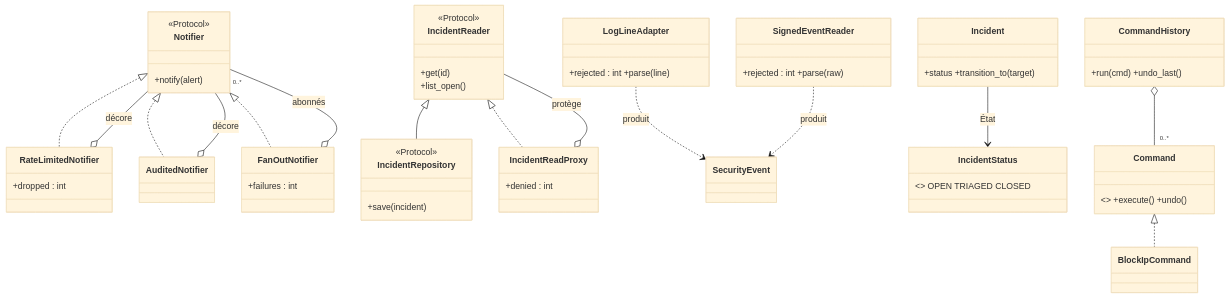
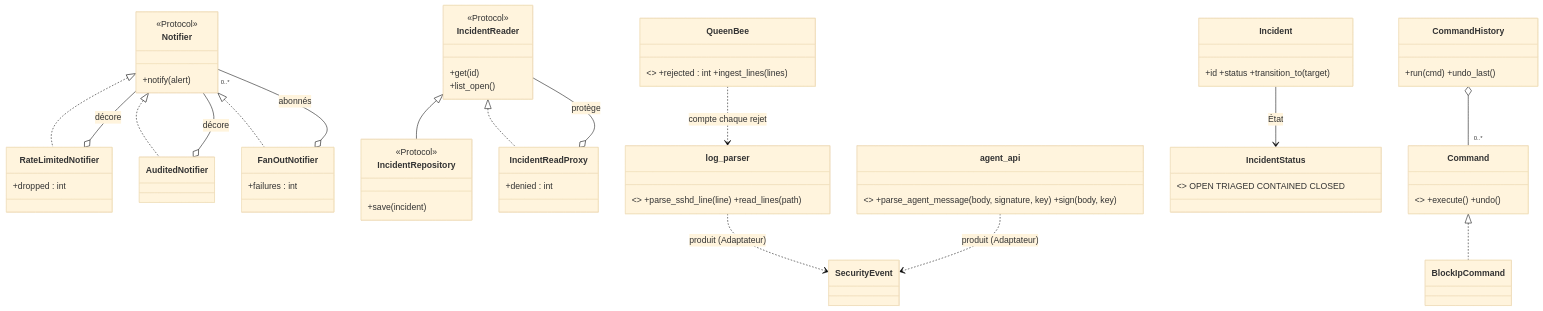
The diagram in docs/uml/patterns.md (Somechild00/ArchiLogicielQueenBee), drawn with Mermaid (base theme) before and after one commit. The commit also changed 3 other files, not shown here.

Commit message:
docs: UML, séquence et parcours alignés sur le code (adaptateurs fonctionnels, façade, état CONTAINED)

````diff
--- a/docs/uml/patterns.md
+++ b/docs/uml/patterns.md
@@ -3,45 +3,47 @@
 ```mermaid
 classDiagram
     class Notifier {
         <<Protocol>>
         +notify(alert)
     }
     class RateLimitedNotifier { +dropped : int }
     class AuditedNotifier
     class FanOutNotifier { +failures : int }
     Notifier <|.. RateLimitedNotifier
     Notifier <|.. AuditedNotifier
     Notifier <|.. FanOutNotifier
     RateLimitedNotifier o-- Notifier : décore
     AuditedNotifier o-- Notifier : décore
     FanOutNotifier o-- "0..*" Notifier : abonnés
 
     class IncidentReader {
         <<Protocol>>
         +get(id)
         +list_open()
     }
     class IncidentRepository {
         <<Protocol>>
         +save(incident)
     }
     class IncidentReadProxy { +denied : int }
     IncidentReader <|.. IncidentReadProxy
     IncidentReader <|-- IncidentRepository
     IncidentReadProxy o-- IncidentReader : protège
 
-    class LogLineAdapter { +rejected : int +parse(line) }
-    class SignedEventReader { +rejected : int +parse(raw) }
-    LogLineAdapter ..> SecurityEvent : produit
-    SignedEventReader ..> SecurityEvent : produit
+    class log_parser { <<module>> +parse_sshd_line(line) +read_lines(path) }
+    class agent_api { <<module>> +parse_agent_message(body, signature, key) +sign(body, key) }
+    class QueenBee { <<Façade>> +rejected : int +ingest_lines(lines) }
+    log_parser ..> SecurityEvent : produit (Adaptateur)
+    agent_api ..> SecurityEvent : produit (Adaptateur)
+    QueenBee ..> log_parser : compte chaque rejet
 
-    class Incident { +status +transition_to(target) }
-    class IncidentStatus { <<enumeration>> OPEN TRIAGED CLOSED }
+    class Incident { +id +status +transition_to(target) }
+    class IncidentStatus { <<enumeration>> OPEN TRIAGED CONTAINED CLOSED }
     Incident --> IncidentStatus : État
 
     class Command { <<Protocol>> +execute() +undo() }
     class BlockIpCommand
     class CommandHistory { +run(cmd) +undo_last() }
     Command <|.. BlockIpCommand
     CommandHistory o-- "0..*" Command
 ```
````
